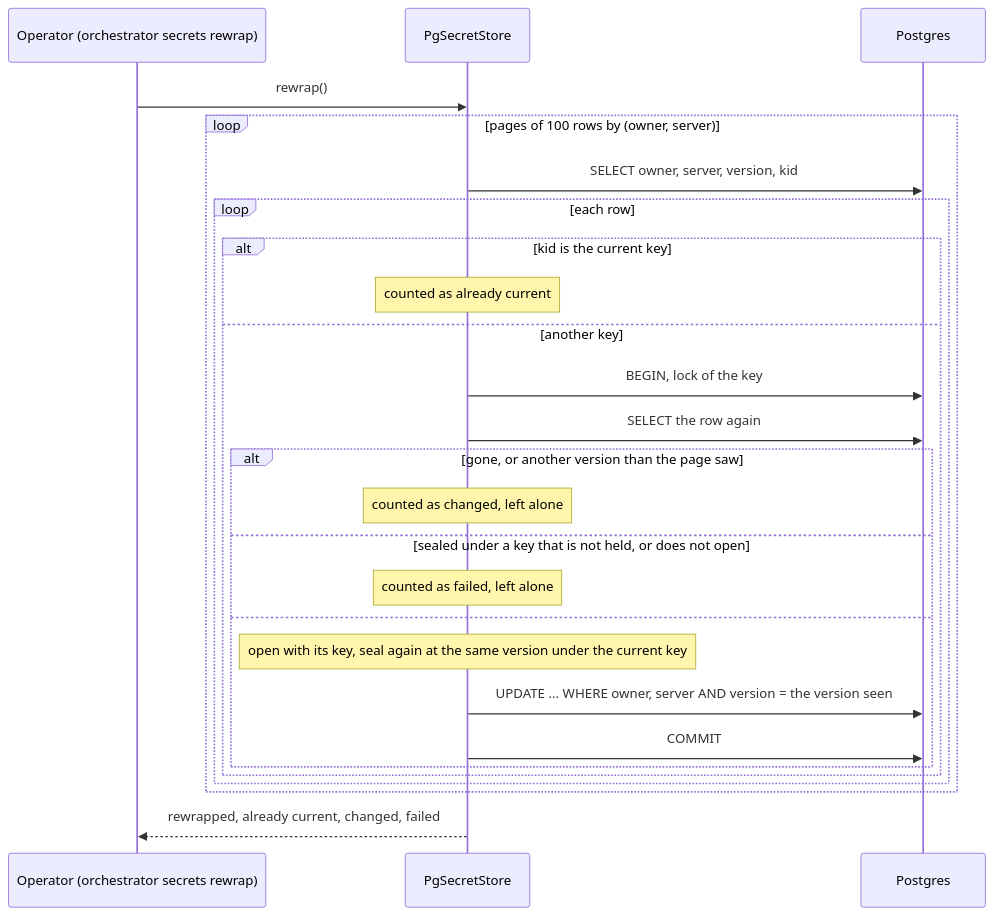
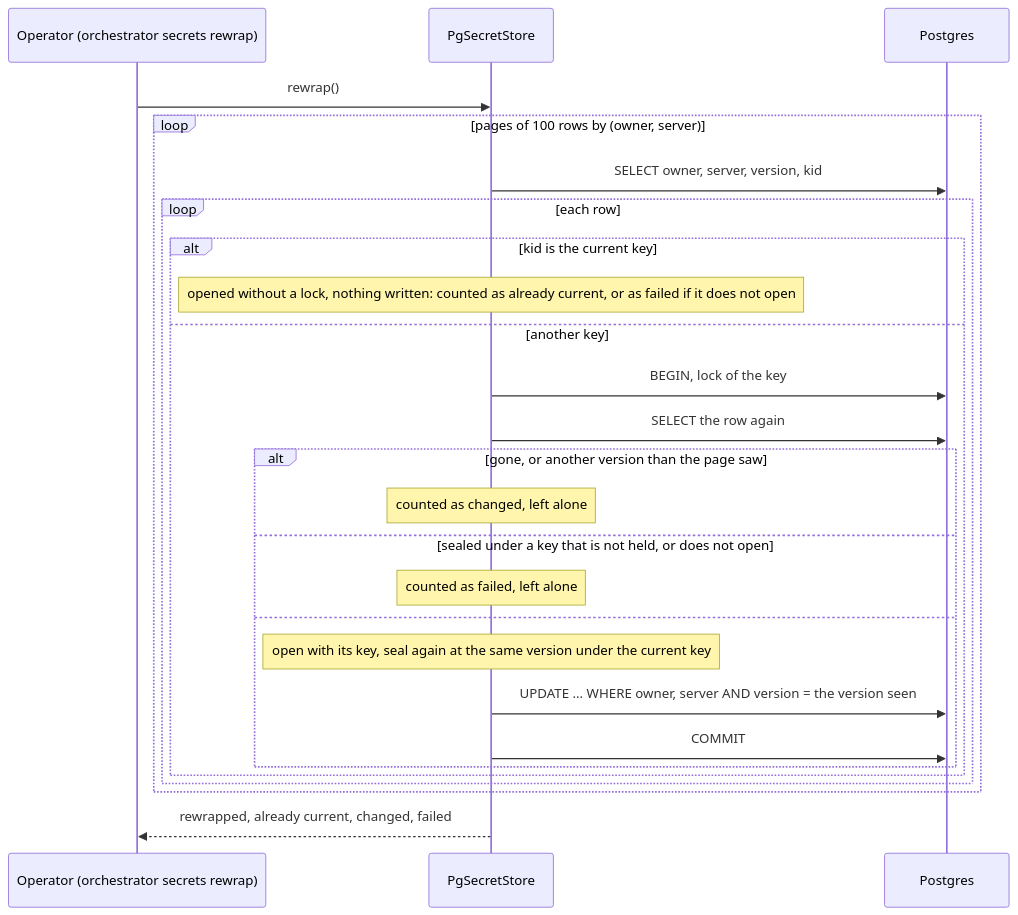
Before and after one commit to vymalo/another-agentic-system: the third of 3 diagrams in orchestrator/crates/secrets-pg/README.md, drawn with Mermaid. The commit also changed other lines of this file and 4 other files, not shown here.

````diff
--- a/orchestrator/crates/secrets-pg/README.md
+++ b/orchestrator/crates/secrets-pg/README.md
@@ -149,28 +182,28 @@
 ```mermaid
 sequenceDiagram
   participant O as Operator (orchestrator secrets rewrap)
   participant S as PgSecretStore
   participant D as Postgres
   O->>S: rewrap()
   loop pages of 100 rows by (owner, server)
     S->>D: SELECT owner, server, version, kid
     loop each row
       alt kid is the current key
-        Note over S: counted as already current
+        Note over S: opened without a lock, nothing written: counted as already current, or as failed if it does not open
       else another key
         S->>D: BEGIN, lock of the key
         S->>D: SELECT the row again
         alt gone, or another version than the page saw
           Note over S: counted as changed, left alone
         else sealed under a key that is not held, or does not open
           Note over S: counted as failed, left alone
         else
           Note over S: open with its key, seal again at the same version under the current key
           S->>D: UPDATE ... WHERE owner, server AND version = the version seen
           S->>D: COMMIT
         end
       end
     end
   end
   S-->>O: rewrapped, already current, changed, failed
 ```
````
